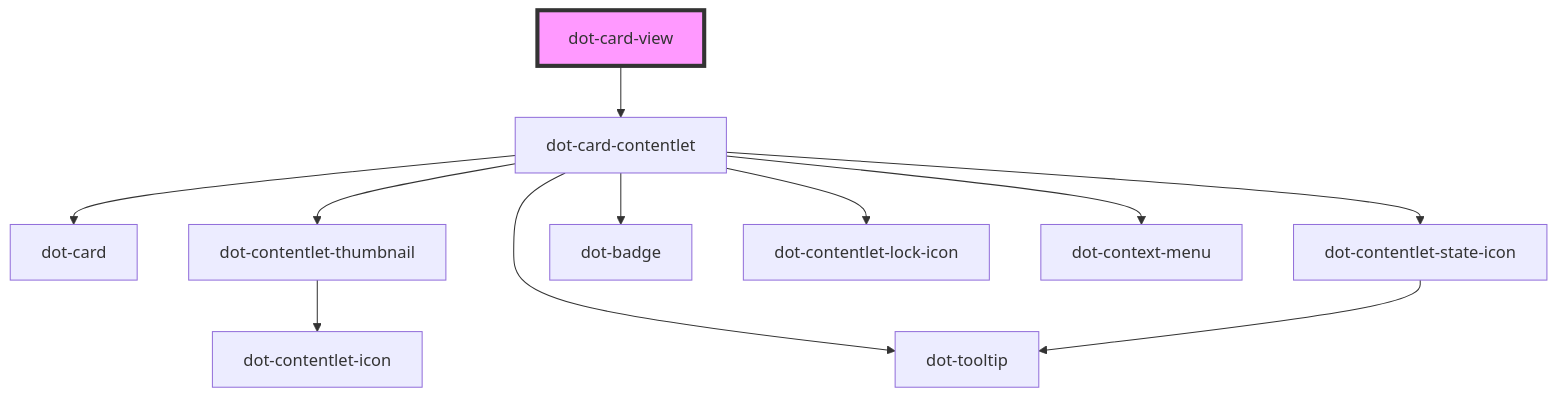
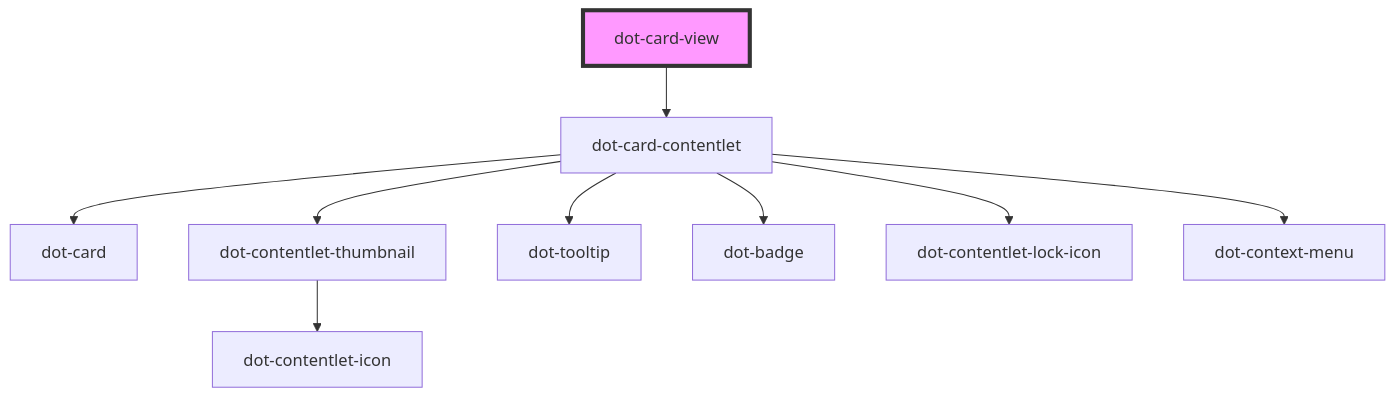
The diagram in src/collections/dot-card-view/readme.md (dotCMS/dotcms-webcomponents), drawn with Mermaid before and after one commit. The commit also changed 19 other files, not shown here.

````diff
--- a/src/collections/dot-card-view/readme.md
+++ b/src/collections/dot-card-view/readme.md
@@ -54,14 +54,12 @@
 ```mermaid
 graph TD;
   dot-card-view --> dot-card-contentlet
   dot-card-contentlet --> dot-card
   dot-card-contentlet --> dot-contentlet-thumbnail
   dot-card-contentlet --> dot-tooltip
-  dot-card-contentlet --> dot-contentlet-state-icon
   dot-card-contentlet --> dot-badge
   dot-card-contentlet --> dot-contentlet-lock-icon
   dot-card-contentlet --> dot-context-menu
   dot-contentlet-thumbnail --> dot-contentlet-icon
-  dot-contentlet-state-icon --> dot-tooltip
   style dot-card-view fill:#f9f,stroke:#333,stroke-width:4px
 ```
````
